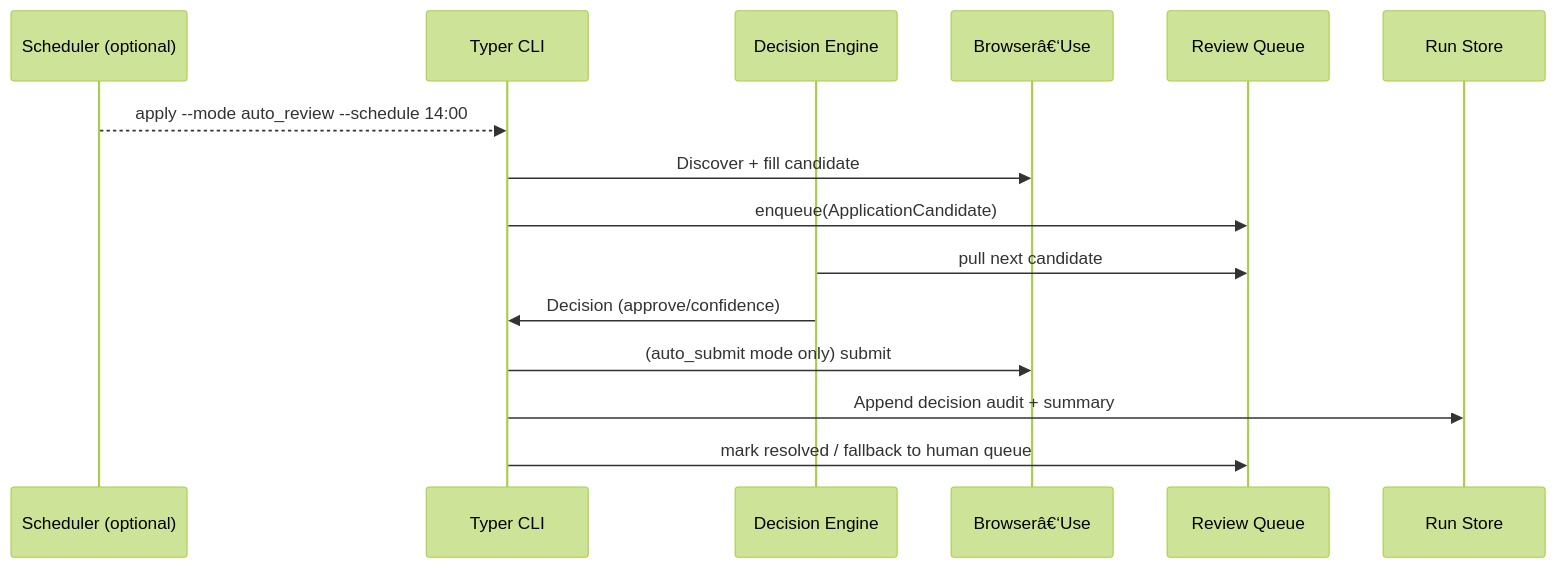
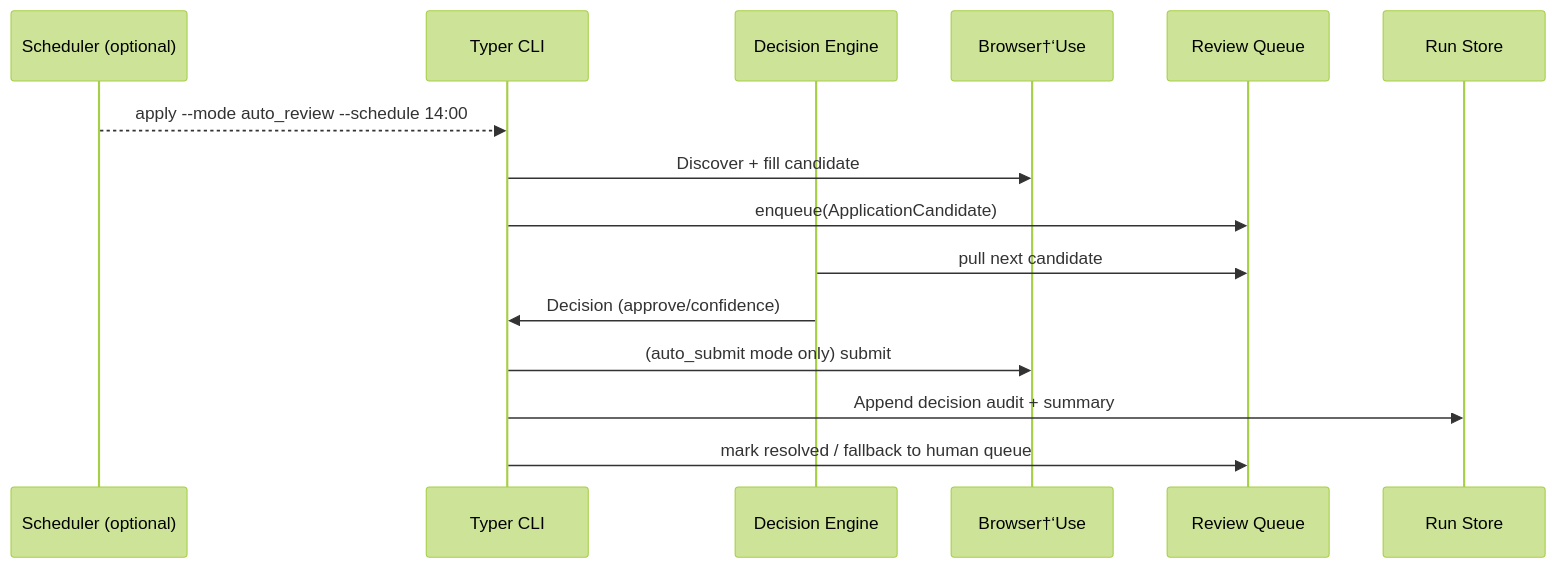
The fourth of 4 diagrams in docs/architecture/core-workflows.md (MichaelSParkin3/Job-AI-Auto-Apply), drawn with Mermaid (forest theme) before and after one commit. The commit also changed other lines of this file and 8 other files, not shown here.

Commit message:
Reprioritize roadmap around AI answer orchestration

````diff
--- a/docs/architecture/core-workflows.md
+++ b/docs/architecture/core-workflows.md
@@ -75,18 +103,18 @@
 ```mermaid
 sequenceDiagram
   participant SCHED as Scheduler (optional)
   participant CLI as Typer CLI
   participant DEC as Decision Engine
-  participant BR as Browserâ€‘Use
+  participant BR as Browser†‘Use
   participant QUEUE as Review Queue
   participant HIST as Run Store
 
   SCHED-->>CLI: apply --mode auto_review --schedule 14:00
   CLI->>BR: Discover + fill candidate
   CLI->>QUEUE: enqueue(ApplicationCandidate)
   DEC->>QUEUE: pull next candidate
   DEC->>CLI: Decision (approve/confidence)
   CLI->>BR: (auto_submit mode only) submit
   CLI->>HIST: Append decision audit + summary
   CLI->>QUEUE: mark resolved / fallback to human queue
 ```
````
